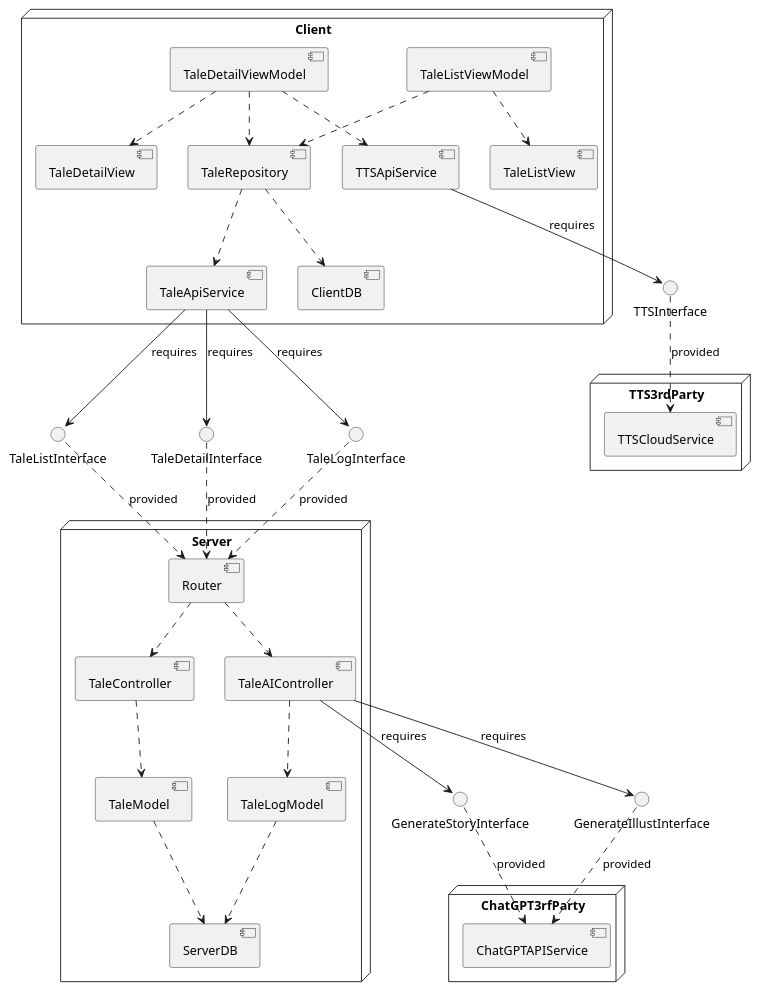
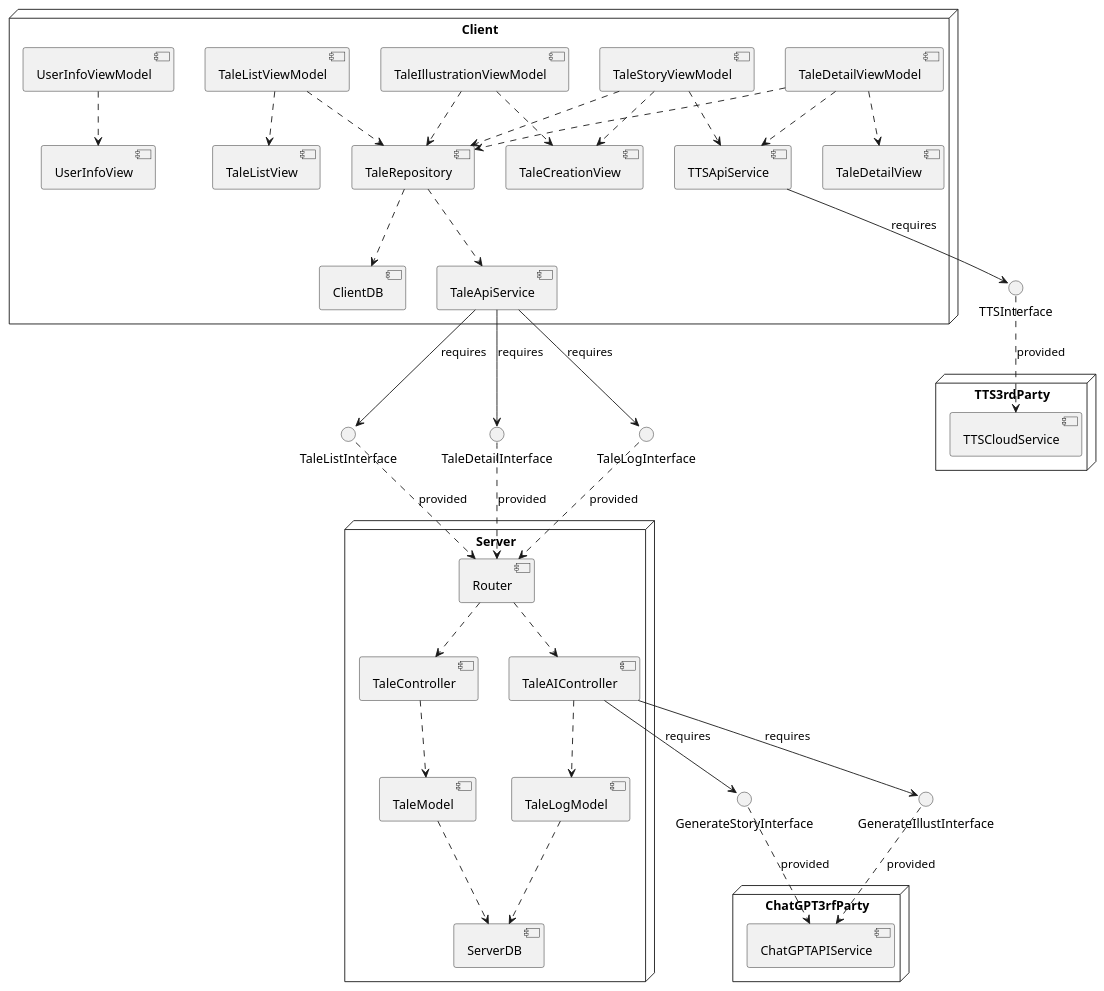
Before and after one commit to judy-juyeon-park/KTP522: the diagram in design/UML/LV2_component_phase2.wsd, drawn with PlantUML. The commit also changed 1 other file, not shown here.

```diff
--- a/design/UML/LV2_component_phase2.wsd
+++ b/design/UML/LV2_component_phase2.wsd
@@ -1,82 +1,94 @@
 @startuml lv2_component
 
 node Client{
-    
+
     component TaleRepository
     component TaleApiService
     component TTSApiService
 
     component TaleListViewModel
     component TaleDetailViewModel
-
+    component UserInfoViewModel
+    component TaleStoryViewModel
+    component TaleIllustrationViewModel
 
     component TaleListView
     component TaleDetailView
+    component UserInfoView
+    component TaleCreationView
 
     component ClientDB
 }
 
 
 
 node Server {
     component Router
     component TaleController
     component TaleAIController
     component TaleModel
     component TaleLogModel
     component ServerDB
 }
 
 node TTS3rdParty {
     component TTSCloudService
 }
 
 node ChatGPT3rfParty {
     component ChatGPTAPIService
 }
 
 interface TaleListInterface
 interface TaleDetailInterface
 interface TaleLogInterface
 interface TTSInterface
 
 interface GenerateStoryInterface
 interface GenerateIllustInterface
 
 
 Router ..> TaleController
 TaleController ..> TaleModel
 TaleModel ..> ServerDB
 
 Router ..> TaleAIController
 TaleAIController ..> TaleLogModel
 TaleLogModel ..> ServerDB
 
 TaleAIController --> GenerateStoryInterface : requires
 TaleAIController --> GenerateIllustInterface : requires
 GenerateStoryInterface ..> ChatGPTAPIService : provided
 GenerateIllustInterface ..> ChatGPTAPIService : provided
 
 TaleRepository ..> ClientDB
 TaleRepository ..> TaleApiService
 TaleDetailViewModel ..> TTSApiService
 
 TaleListViewModel ..> TaleRepository
 TaleDetailViewModel ..> TaleRepository
 
 TaleListViewModel ..> TaleListView
 TaleDetailViewModel ..> TaleDetailView
 
+TaleStoryViewModel ..> TaleRepository
+TaleStoryViewModel ..> TaleCreationView
+TaleStoryViewModel ..> TTSApiService
+
+TaleIllustrationViewModel ..> TaleRepository
+TaleIllustrationViewModel ..> TaleCreationView
+
+UserInfoViewModel ..> UserInfoView
 
 TTSInterface ..> TTSCloudService : provided
 TTSApiService --> TTSInterface : requires
 
 TaleListInterface ..> Router : provided
 TaleDetailInterface ..> Router : provided
 TaleLogInterface ..> Router : provided
 TaleApiService --> TaleListInterface : requires
 TaleApiService --> TaleDetailInterface : requires
 TaleApiService --> TaleLogInterface : requires
 
 
 @enduml
```
